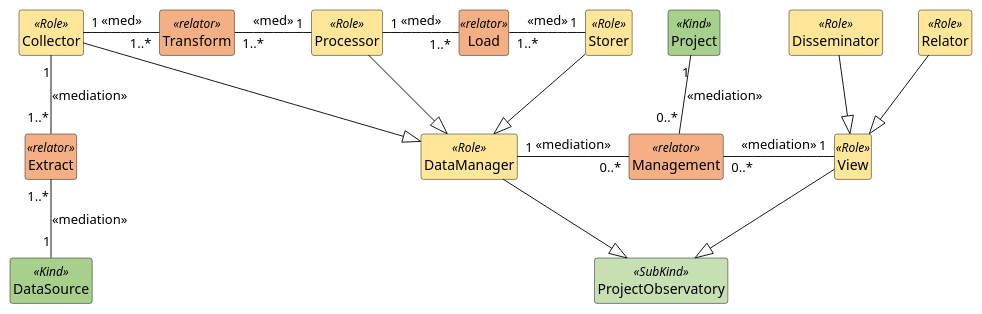
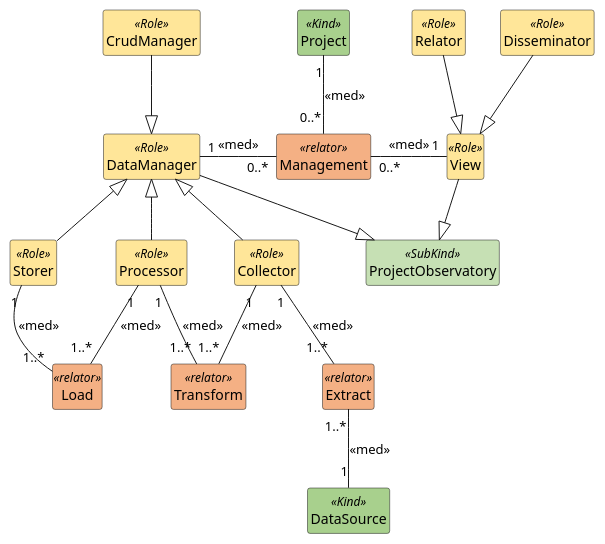
Before and after one commit to kvojps/onto-mpo: the diagram in mpo_structures_observatory_formalization.puml, drawn with PlantUML.

Commit message:
[feat]: add CrudManager role and refine relationships in MPO Structures Observatory formalization

```diff
--- a/mpo_structures_observatory_formalization.puml
+++ b/mpo_structures_observatory_formalization.puml
@@ -1,37 +1,39 @@
 @startuml MPO Structures Observatory Formalization
 hide members
 skinparam style strictuml
 
 class ProjectObservatory <<SubKind>> #C6E0B4 {}
 class View <<Role>> #FFE699 {}
 class Relator <<Role>> #FFE699 {}
 class Disseminator <<Role>> #FFE699 {}
 class DataManager <<Role>> #FFE699 {}
+class CrudManager <<Role>> #FFE699 {}
 class DataSource <<Kind>> #A8D08D {}
 class Extract <<relator>> #F4B084 {}
 class Collector <<Role>> #FFE699 {}
 class Transform <<relator>> #F4B084 {}
 class Processor <<Role>> #FFE699 {}
 class Load <<relator>> #F4B084 {}
 class Storer <<Role>> #FFE699 {}
 class Project <<Kind>> #A8D08D {}
 class Management <<relator>> #F4B084 {}
 
 ProjectObservatory <|-up- DataManager
 ProjectObservatory <|-up- View
-View "1" -left- "0..*" Management : <<mediation>>
+View "1" -left- "0..*" Management : <<med>>
 Relator --|> View
 Disseminator --|> View
-DataManager "1" -right- "0..*" Management : <<mediation>>
-DataSource "1" -up- "1..*" Extract : <<mediation>>
-Extract "1..*" -up- "1" Collector : <<mediation>>
-Collector --|> DataManager
-Collector "1" - "1..*" Transform: <<med>>
-Transform "1..*" - "1" Processor: <<med>>
-Processor --|> DataManager
-Processor "1" - "1..*" Load: <<med>>
-Load "1..*" - "1" Storer: <<med>>
-Storer --|> DataManager
-Project "1" -down- "0..*" Management : <<mediation>>
+DataManager <|-up- CrudManager
+DataManager "1" -right- "0..*" Management : <<med>>
+DataSource "1" -up- "1..*" Extract : <<med>>
+Extract "1..*" -up- "1" Collector : <<med>>
+Collector -up-|> DataManager
+Collector "1" -down- "1..*" Transform: <<med>>
+Transform "1..*" -up- "1" Processor: <<med>>
+Processor -up-|> DataManager
+Processor "1" -down- "1..*" Load: <<med>>
+Load "1..*" -up- "1" Storer: <<med>>
+Storer -up-|> DataManager
+Project "1" -down- "0..*" Management : <<med>>
 
 @enduml
```
